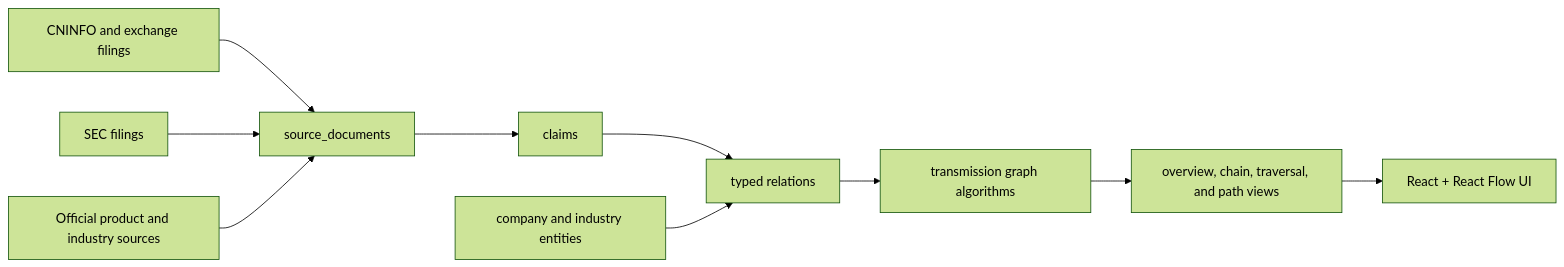
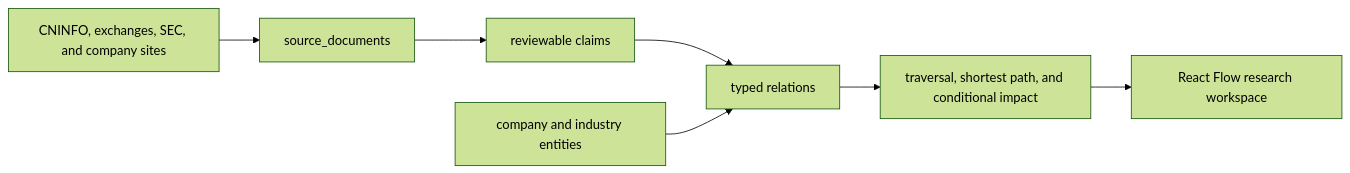
Before and after one commit to judefluen-coder/ai-chaingraph: the third of 3 diagrams in README.en.md, drawn with Mermaid (forest theme). The commit also changed other lines of this file and 1 other file, not shown here.

````diff
--- a/README.en.md
+++ b/README.en.md
@@ -103,12 +150,9 @@
 ```mermaid
 flowchart LR
-    A["CNINFO and exchange filings"] --> D["source_documents"]
-    B["SEC filings"] --> D
-    C["Official product and industry sources"] --> D
-    D --> E["claims"]
-    E --> F["typed relations"]
-    G["company and industry entities"] --> F
-    F --> H["transmission graph algorithms"]
-    H --> I["overview, chain, traversal, and path views"]
-    I --> J["React + React Flow UI"]
+    A["CNINFO, exchanges, SEC, and company sites"] --> B["source_documents"]
+    B --> C["reviewable claims"]
+    C --> D["typed relations"]
+    E["company and industry entities"] --> D
+    D --> F["traversal, shortest path, and conditional impact"]
+    F --> G["React Flow research workspace"]
 ```
````
